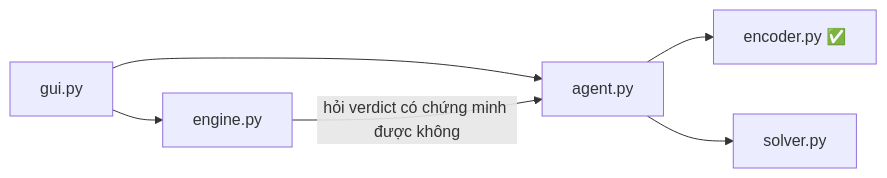
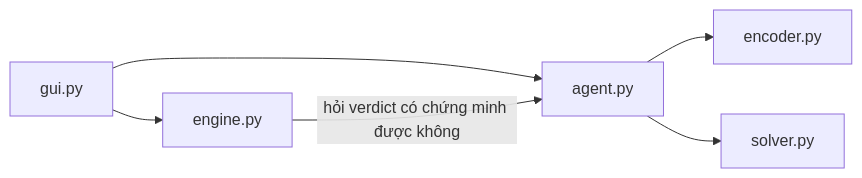
Before and after one commit to ManOnGit13/griductive-solver: the diagram in docs/INTERFACES.md, drawn with Mermaid. The commit also changed other lines of this file and 4 other files, not shown here.

````diff
--- a/docs/INTERFACES.md
+++ b/docs/INTERFACES.md
@@ -21,8 +17,8 @@
 ```mermaid
 flowchart LR
     GUI["gui.py"] --> ENG["engine.py"]
     GUI --> AG["agent.py"]
     ENG -->|"hỏi verdict có chứng minh được không"| AG
-    AG --> ENC["encoder.py ✅"]
+    AG --> ENC["encoder.py"]
     AG --> SOL["solver.py"]
 ```
````
